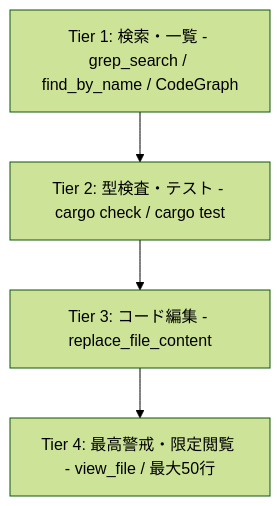
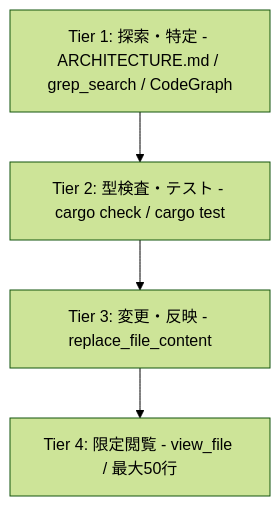
The diagram in AGENTS.md (sofia-gros/OpenFallout3), drawn with Mermaid (forest theme) before and after one commit. The commit also changed other lines of this file and 77 other files, not shown here.

````diff
--- a/AGENTS.md
+++ b/AGENTS.md
@@ -38,6 +38,6 @@
 ```mermaid
 graph TD
-    Tier1[Tier 1: 検索・一覧 - grep_search / find_by_name / CodeGraph] --> Tier2[Tier 2: 型検査・テスト - cargo check / cargo test]
-    Tier2 --> Tier3[Tier 3: コード編集 - replace_file_content]
-    Tier3 --> Tier4[Tier 4: 最高警戒・限定閲覧 - view_file / 最大50行]
+    Tier1[Tier 1: 探索・特定 - ARCHITECTURE.md / grep_search / CodeGraph] --> Tier2[Tier 2: 型検査・テスト - cargo check / cargo test]
+    Tier2 --> Tier3[Tier 3: 変更・反映 - replace_file_content]
+    Tier3 --> Tier4[Tier 4: 限定閲覧 - view_file / 最大50行]
 ```
````
